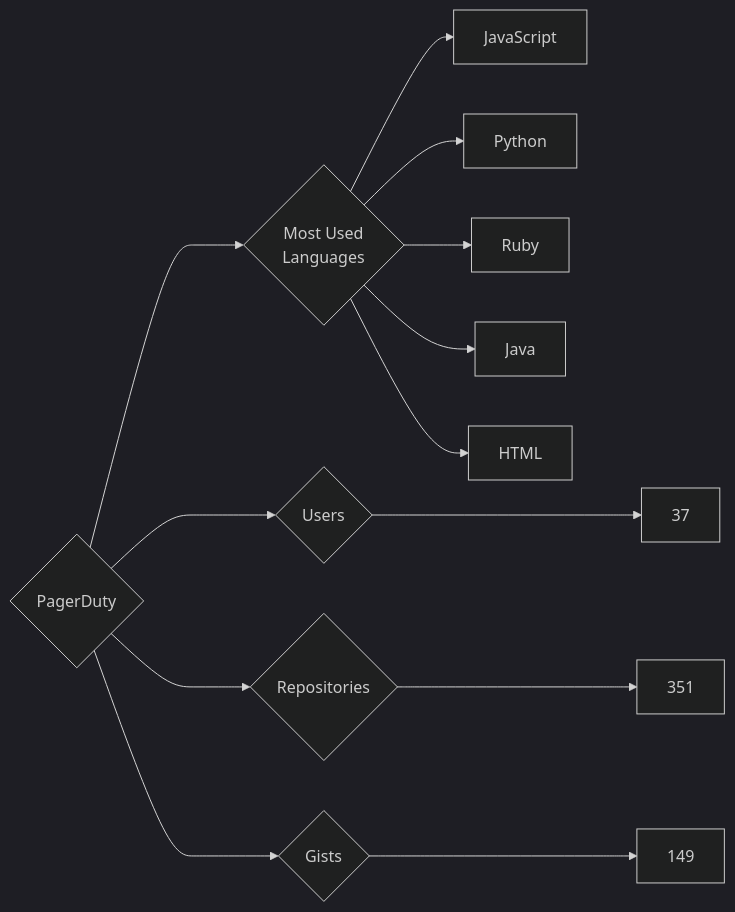
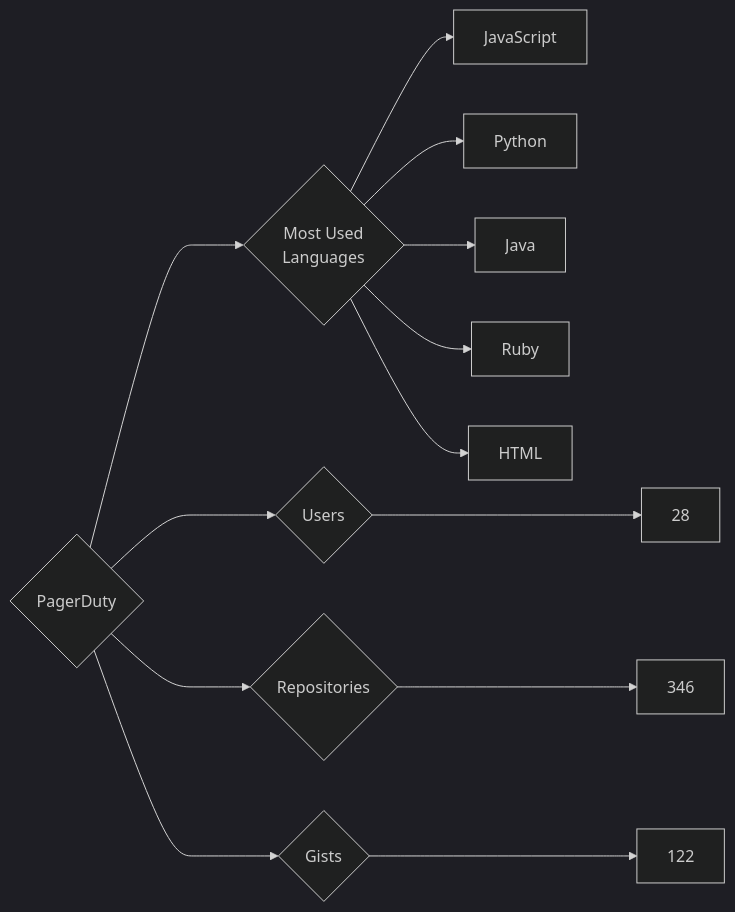
One commit to trickest/insiders changed the diagram in targets/PagerDuty/README.md. Above: the diagram before and after it, drawn with Mermaid (dark theme). The commit also changed 970 other files, not shown here.

````diff
--- a/targets/PagerDuty/README.md
+++ b/targets/PagerDuty/README.md
@@ -3,13 +3,13 @@
 ```mermaid
 graph LR
 COMPANY_NAME{PagerDuty}
-COMPANY_NAME ---> U{Users} ---> UN[37]
-COMPANY_NAME ---> R{Repositories} ---> RN[351]
-COMPANY_NAME ---> G{Gists} ---> GN[149]
+COMPANY_NAME ---> U{Users} ---> UN[28]
+COMPANY_NAME ---> R{Repositories} ---> RN[346]
+COMPANY_NAME ---> G{Gists} ---> GN[122]
 COMPANY_NAME ---> ML{Most Used<br>Languages}
 ML --> JavaScript[JavaScript]
 ML --> Python[Python]
+ML --> Java[Java]
 ML --> Ruby[Ruby]
-ML --> Java[Java]
 ML --> HTML[HTML]
 ```
````
